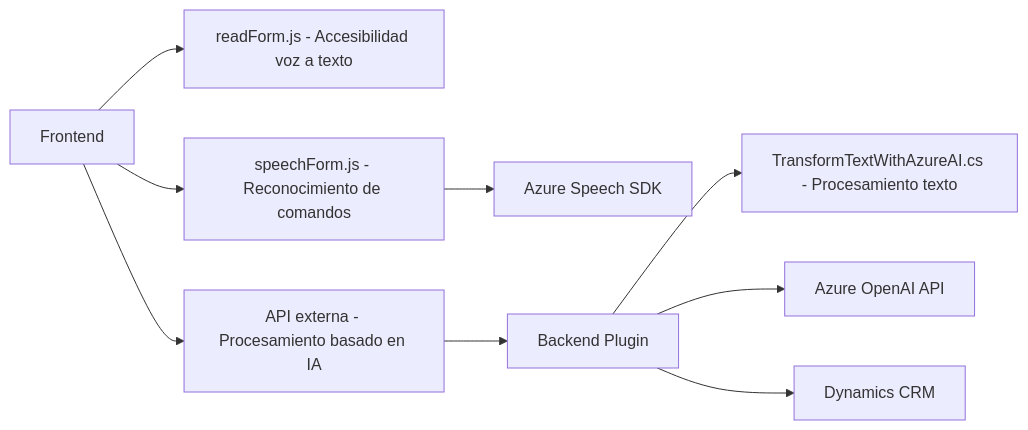
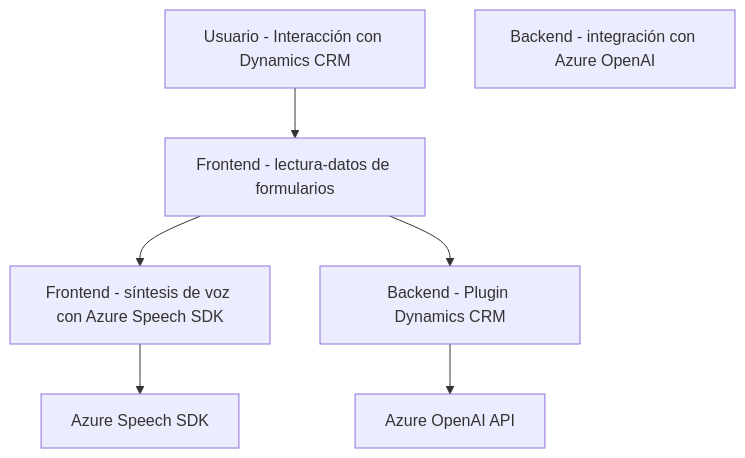
Before and after one commit to blopezdm/NETCORE_BILBAO2025: the diagram in README.md, drawn with Mermaid. The commit also changed other lines of this file, not shown here.

Commit message:
Actualizar análisis global de la solución con IA

````diff
--- a/README.md
+++ b/README.md
@@ -48,11 +35,16 @@
 ```mermaid
-graph LR
-A["Frontend"] --> B["readForm.js - Accesibilidad voz a texto"]
-A --> C["speechForm.js - Reconocimiento de comandos"]
-C --> D["Azure Speech SDK"]
-A --> E["API externa - Procesamiento basado en IA"]
-E --> F["Backend Plugin"]
-F --> G["TransformTextWithAzureAI.cs - Procesamiento texto"]
-F --> H["Azure OpenAI API"]
-F --> I["Dynamics CRM"]
+graph TD
+    A["Usuario - Interacción con Dynamics CRM"]
+    B["Frontend - lectura-datos de formularios"]
+    C["Frontend - síntesis de voz con Azure Speech SDK"]
+    D["Backend - Plugin Dynamics CRM"]
+    E["Backend - integración con Azure OpenAI"]
+    F["Azure Speech SDK"]
+    G["Azure OpenAI API"]
+    
+    A --> B
+    B --> C
+    C --> F
+    B --> D
+    D --> G
 ```
````
